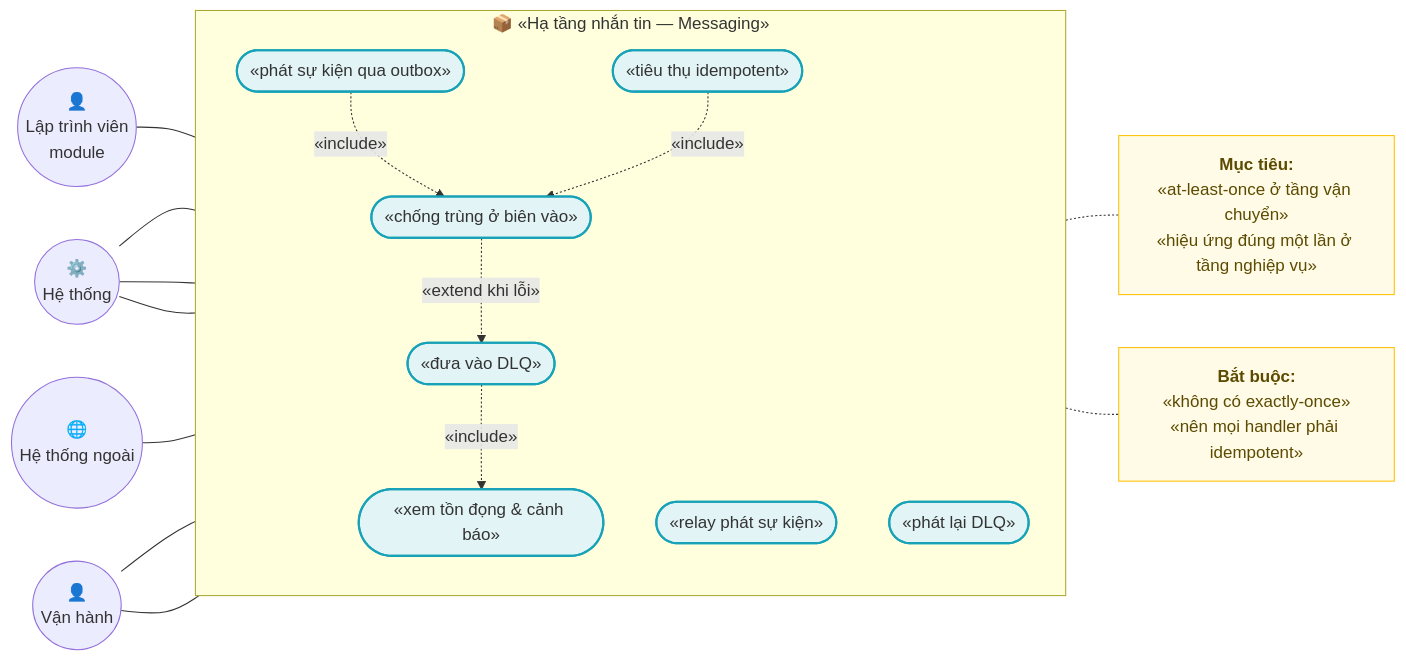
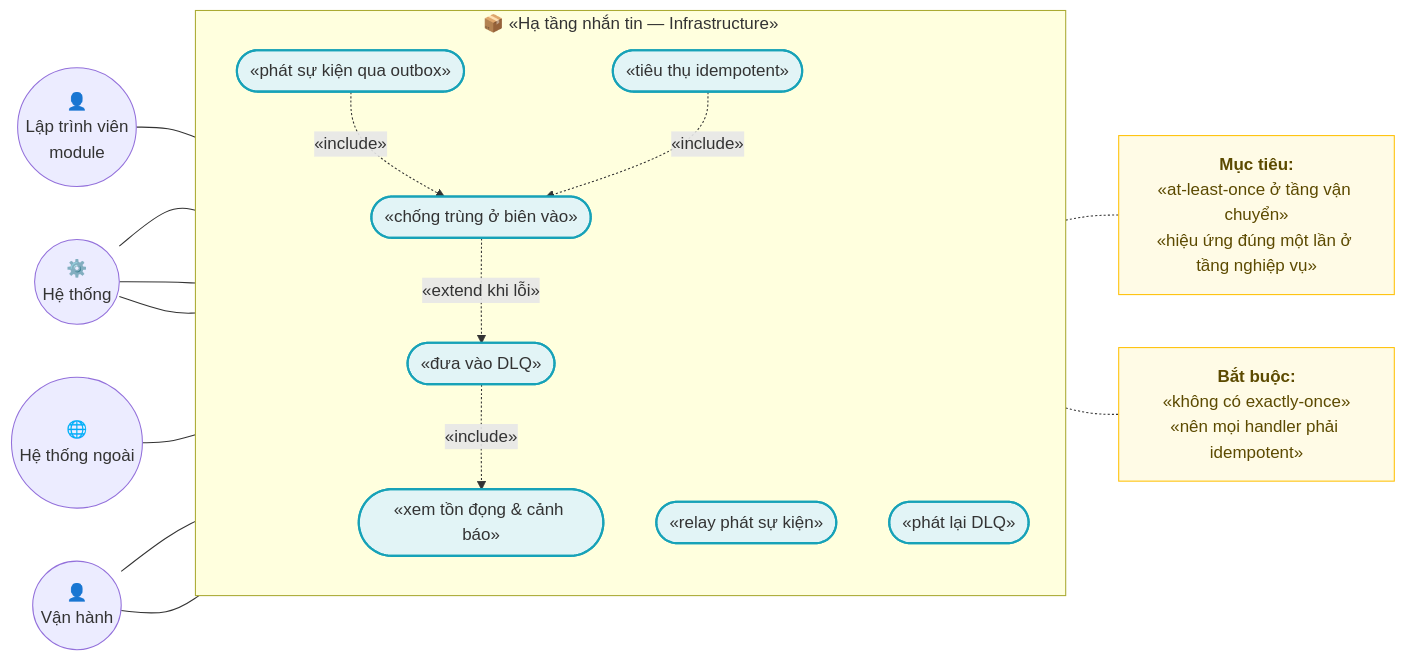
The first of 7 diagrams in docs/features/XC-002-outbox-inbox-chong-trung-su-kien.md (hungnt9801/eCommerce), drawn with Mermaid before and after one commit. The commit also changed other lines of this file and 1 other file, not shown here.

Commit message:
docs(XC-002): chot Q1 (transport in-process), Q2 (module Infrastructure thay vi Messaging - doi ten toan bo 108 cho), Q3/Q4 (nguong thu 5, job DLQ 1 phut); ghi ro quy uoc tien to messaging cho route/metric/lock key; cap nhat Phu luc A.8

````diff
--- a/docs/features/XC-002-outbox-inbox-chong-trung-su-kien.md
+++ b/docs/features/XC-002-outbox-inbox-chong-trung-su-kien.md
@@ -101,42 +101,42 @@
 ```mermaid
 flowchart LR
     classDef actor fill:#d4edda,stroke:#155724,stroke-width:2px;
     classDef usecase fill:#e2f4f6,stroke:#17a2b8,stroke-width:2px;
     classDef note fill:#fffbe6,stroke:#ffc107,stroke-width:1px,color:#5c4a00;
 
     DEV(("👤<br/>Lập trình viên<br/>module"))
     OPS(("👤<br/>Vận hành"))
     HT(("⚙️<br/>Hệ thống"))
     EXT(("🌐<br/>Hệ thống ngoài"))
 
-    subgraph MSG["📦 «Hạ tầng nhắn tin — Messaging»"]
+    subgraph MSG["📦 «Hạ tầng nhắn tin — Infrastructure»"]
         direction TB
         UC1(["«phát sự kiện qua outbox»"])
         UC2(["«relay phát sự kiện»"])
         UC3(["«tiêu thụ idempotent»"])
         UC4(["«chống trùng ở biên vào»"])
         UC5(["«đưa vào DLQ»"])
         UC6(["«phát lại DLQ»"])
         UC7(["«xem tồn đọng & cảnh báo»"])
         class UC1,UC2,UC3,UC4,UC5,UC6,UC7 usecase;
     end
 
     N1["<b>Mục tiêu:</b><br/>«at-least-once ở tầng vận chuyển»<br/>«hiệu ứng đúng một lần ở tầng nghiệp vụ»"]
     N2["<b>Bắt buộc:</b><br/>«không có exactly-once»<br/>«nên mọi handler phải idempotent»"]
     class N1,N2 note;
 
     DEV --- UC1
     HT --- UC2
     HT --- UC3
     EXT --- UC4
     HT --- UC5
     OPS --- UC6
     OPS --- UC7
 
     UC1 -. "«include»" .-> UC4
     UC3 -. "«include»" .-> UC4
     UC4 -. "«extend khi lỗi»" .-> UC5
     UC5 -. "«include»" .-> UC7
     UC5 -.- N1
     UC3 -.- N2
 ```
````
